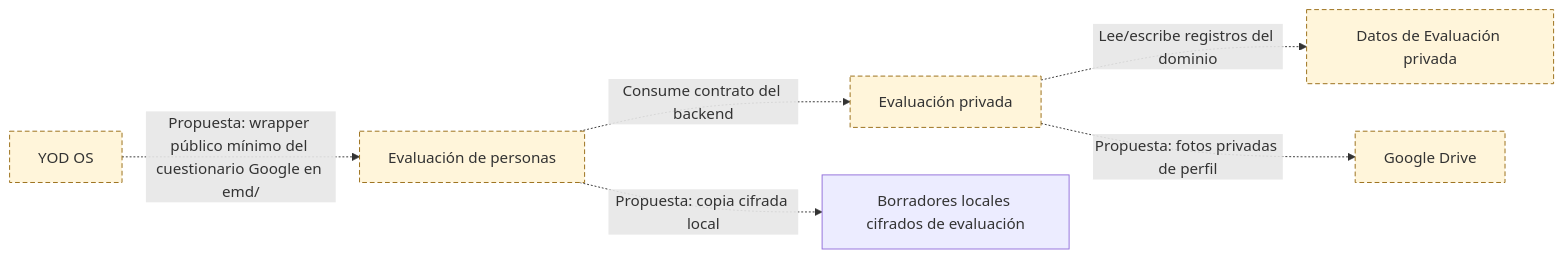
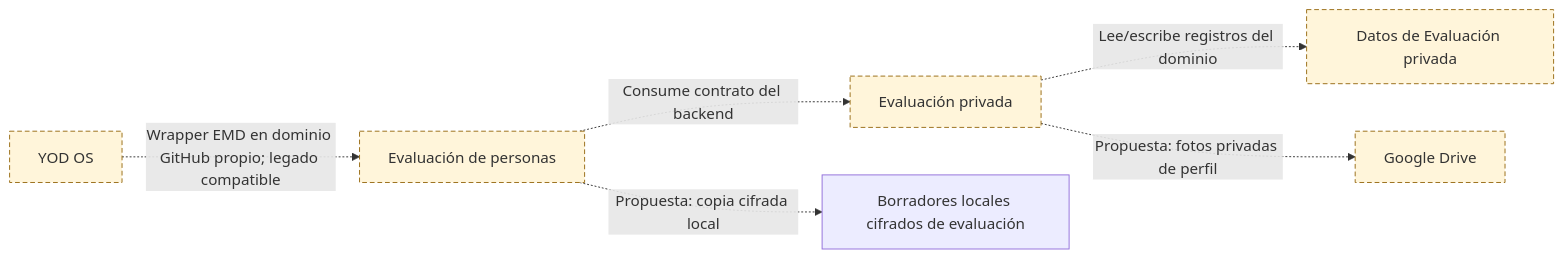
The seventh of 11 diagrams in docs/arquitectura/mapas.md (yodesarrollomx/yod-portal), drawn with Mermaid before and after one commit. The commit also changed other lines of this file and 7 other files, not shown here.

Commit message:
Registrar dirección GitHub exclusiva para EMD Evaluación 360

````diff
--- a/docs/arquitectura/mapas.md
+++ b/docs/arquitectura/mapas.md
@@ -296,20 +296,20 @@
 ```mermaid
 flowchart LR
   n_SYS_YOD_OS["YOD OS"]
   n_SYS_EMD["Evaluación de personas"]
   n_GAS_EMD["Evaluación privada"]
   n_SHEET_EMD["Datos de Evaluación privada"]
   n_EXT_DRIVE["Google Drive"]
   n_STORE_EMD_DRAFTS["Borradores locales cifrados de evaluación"]
   n_GAS_EMD -.->|Lee/escribe registros del dominio| n_SHEET_EMD
   n_SYS_EMD -.->|Consume contrato del backend| n_GAS_EMD
   n_GAS_EMD -.->|Propuesta: fotos privadas de perfil| n_EXT_DRIVE
   n_SYS_EMD -.->|Propuesta: copia cifrada local| n_STORE_EMD_DRAFTS
-  n_SYS_YOD_OS -.->|Propuesta: wrapper público mínimo del cuestionario Google en emd/| n_SYS_EMD
+  n_SYS_YOD_OS -.->|Wrapper EMD en dominio GitHub propio; legado compatible| n_SYS_EMD
   classDef pendiente fill:#fff5da,stroke:#996d16,stroke-dasharray:5 3;
   class n_SYS_YOD_OS pendiente;
   class n_SYS_EMD pendiente;
   class n_GAS_EMD pendiente;
   class n_SHEET_EMD pendiente;
   class n_EXT_DRIVE pendiente;
 ```
````
